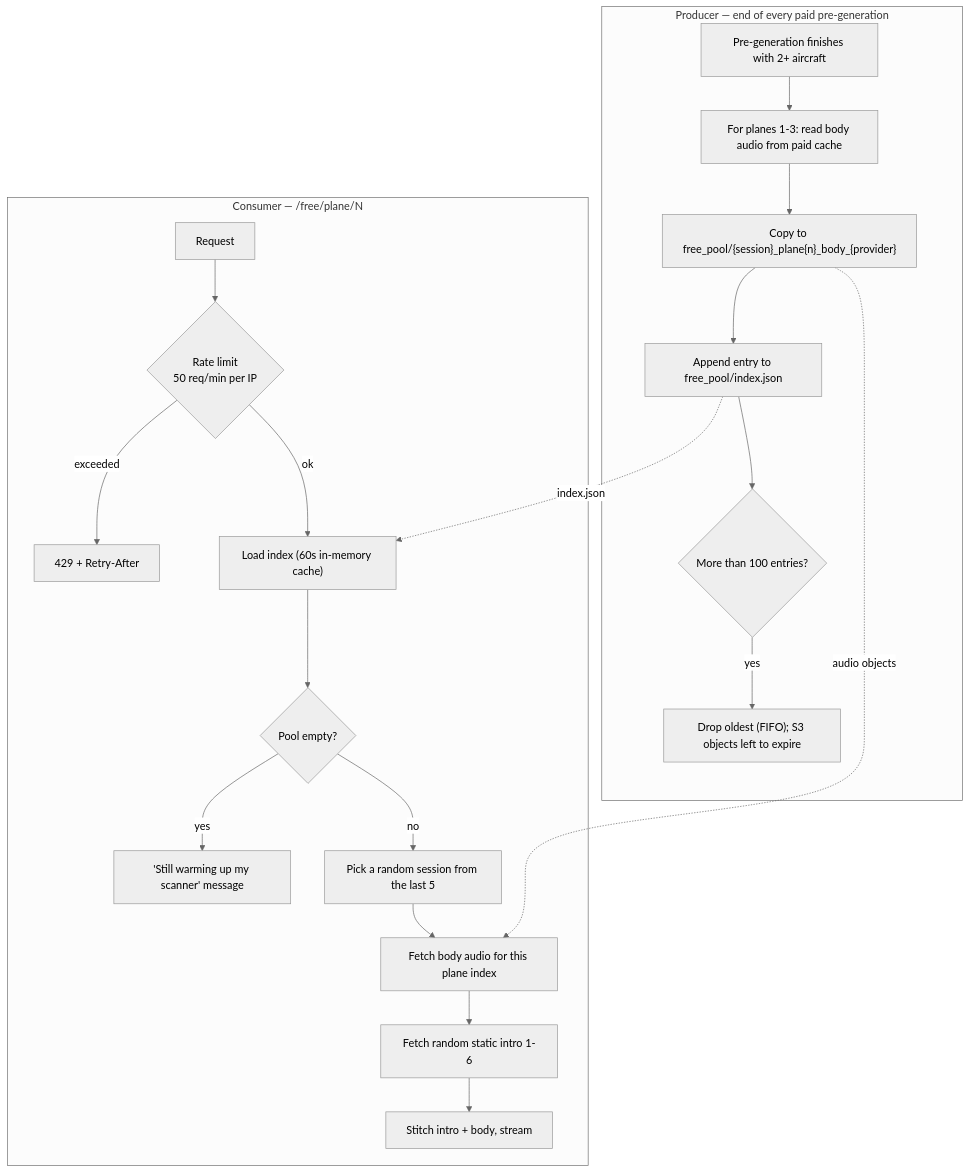
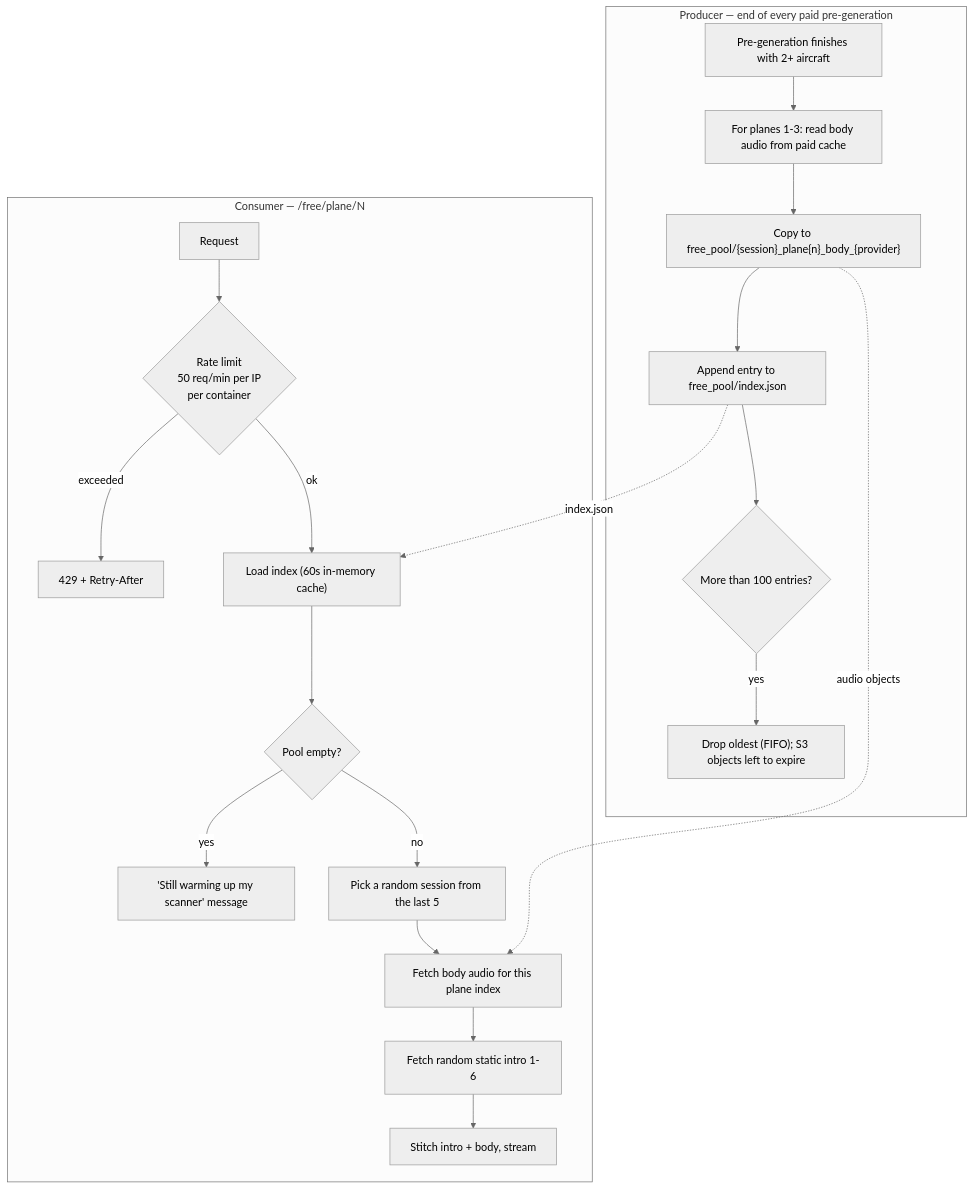
The seventh of 8 diagrams in docs/ARCHITECTURE.md (cjkm3rriman/dreaming-of-a-jet-plane), drawn with Mermaid (neutral theme) before and after one commit. The commit also changed other lines of this file, not shown here.

First line of the commit message:
Update architecture docs for the staleness and tech-debt fixes (#42)

````diff
--- a/docs/ARCHITECTURE.md
+++ b/docs/ARCHITECTURE.md
@@ -364,26 +413,26 @@
 ```mermaid
 flowchart TD
     subgraph Produce["Producer — end of every paid pre-generation"]
         P1["Pre-generation finishes with 2+ aircraft"]
         P1 --> P2["For planes 1-3: read body audio from paid cache"]
         P2 --> P3["Copy to free_pool/{session}_plane{n}_body_{provider}"]
         P3 --> P4["Append entry to free_pool/index.json"]
         P4 --> P5{"More than 100 entries?"}
         P5 -->|yes| P6["Drop oldest (FIFO); S3 objects left to expire"]
     end
 
     subgraph Consume["Consumer — /free/plane/N"]
-        C1["Request"] --> C2{"Rate limit<br/>50 req/min per IP"}
+        C1["Request"] --> C2{"Rate limit<br/>50 req/min per IP<br/>per container"}
         C2 -->|exceeded| C3["429 + Retry-After"]
         C2 -->|ok| C4["Load index (60s in-memory cache)"]
         C4 --> C5{"Pool empty?"}
         C5 -->|yes| C6["'Still warming up my scanner' message"]
         C5 -->|no| C7["Pick a random session from the last 5"]
         C7 --> C8["Fetch body audio for this plane index"]
         C8 --> C9["Fetch random static intro 1-6"]
         C9 --> C10["Stitch intro + body, stream"]
     end
 
     P4 -.->|index.json| C4
     P3 -.->|audio objects| C8
 ```
````
